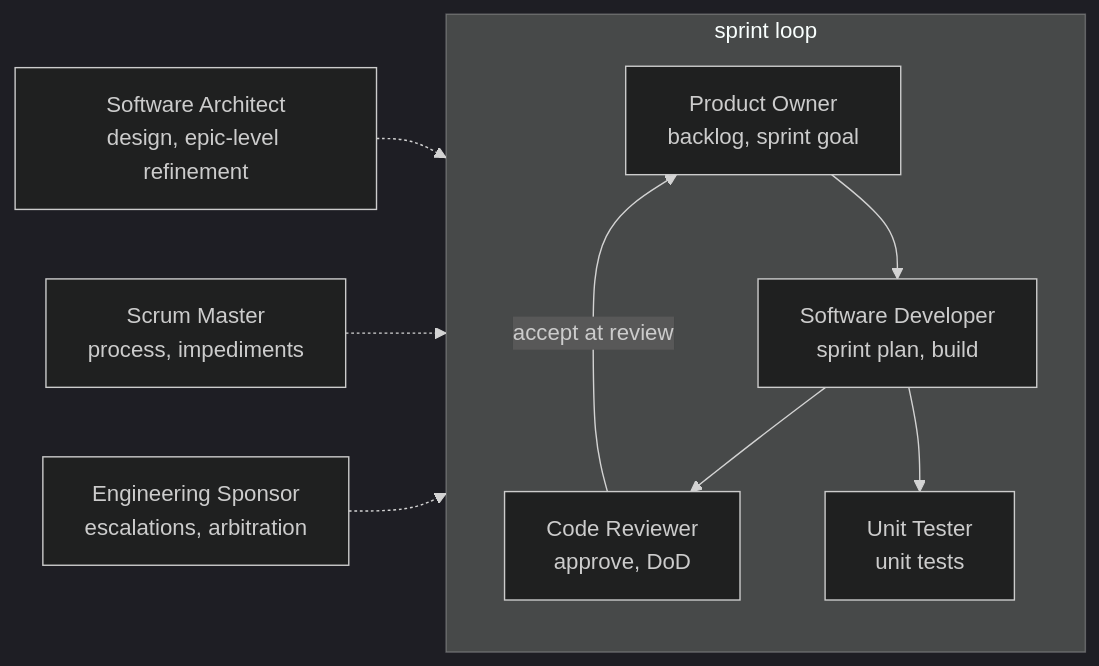
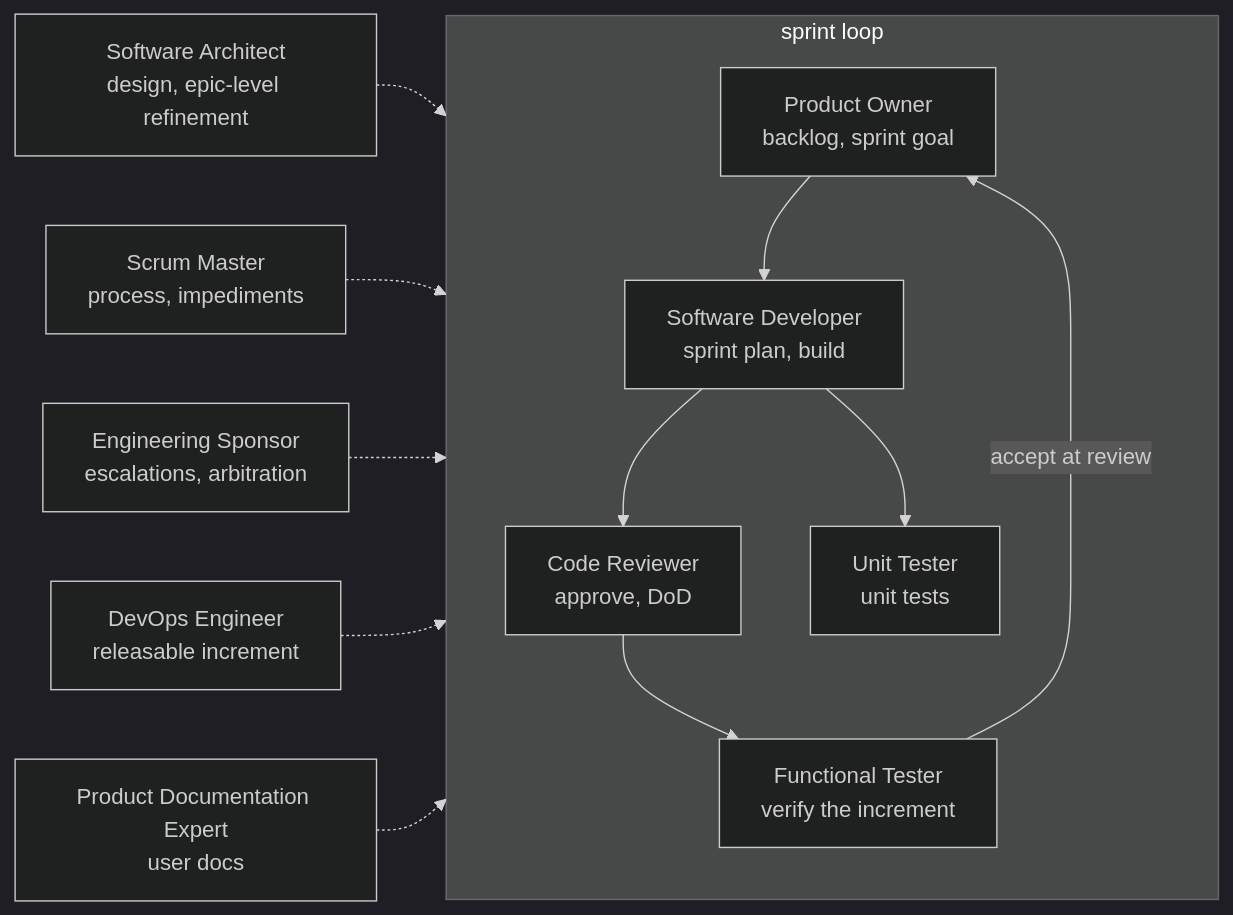
Before and after one commit to salveron/agents: the second of 2 diagrams in AGENTS.md, drawn with Mermaid (dark theme). The commit also changed other lines of this file and 13 other files, not shown here.

Commit message:
Add DevOps, FT and Product Documentation Expert to cover the roster gaps

````diff
--- a/AGENTS.md
+++ b/AGENTS.md
@@ -60,12 +77,15 @@
 ```mermaid
 flowchart LR
     subgraph sprint [sprint loop]
         PO["Product Owner<br>backlog, sprint goal"] --> DEV["Software Developer<br>sprint plan, build"]
         DEV --> CR["Code Reviewer<br>approve, DoD"]
         DEV --> UT["Unit Tester<br>unit tests"]
-        CR -->|accept at review| PO
+        CR --> FT["Functional Tester<br>verify the increment"]
+        FT -->|accept at review| PO
     end
     SA["Software Architect<br>design, epic-level refinement"] -.-> sprint
     SM["Scrum Master<br>process, impediments"] -.-> sprint
     ES["Engineering Sponsor<br>escalations, arbitration"] -.-> sprint
+    DO["DevOps Engineer<br>releasable increment"] -.-> sprint
+    PDE["Product Documentation Expert<br>user docs"] -.-> sprint
 ```
````
